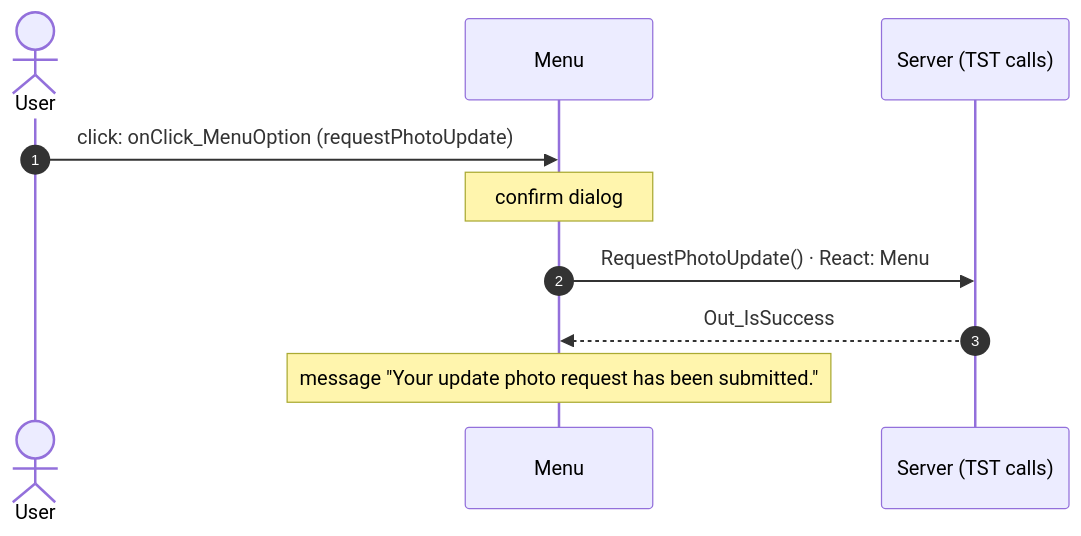
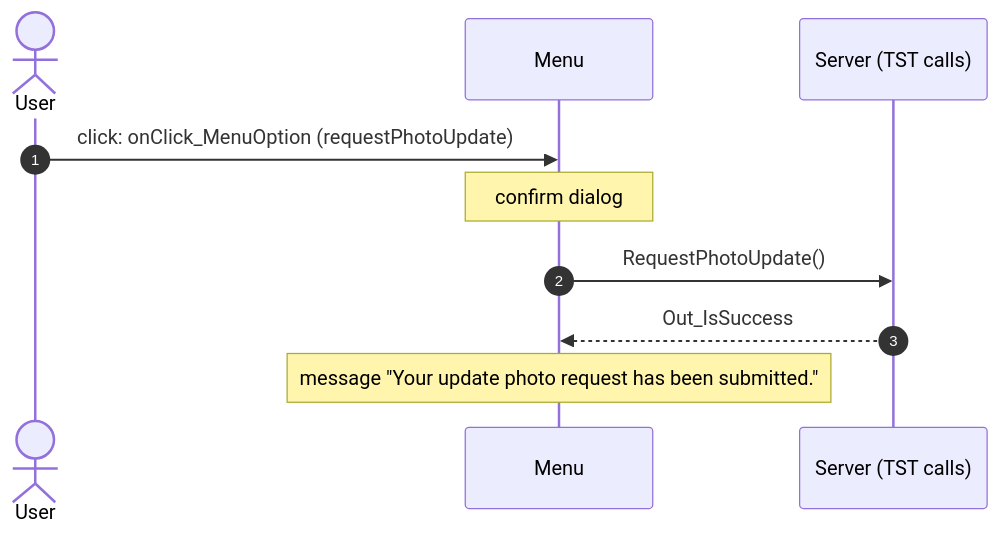
Diagram 14 of 17 in migration/route-actions/Menu.md (Phoenix-DX/connect-new-ui), drawn with Mermaid before and after one commit. The commit also changed other lines of this file and 90 other files, not shown here.

Commit message:
route actions: React sequence diagram per user action next to OutSystems, differences in red; React handlers read branch by branch and matched by comment, name and block; white SVG background; all SVGs of a file in one browser (HomeFeed 67 s to 14 s)

````diff
--- a/migration/route-actions/Menu.md
+++ b/migration/route-actions/Menu.md
@@ -247,12 +373,12 @@
 ```mermaid
 sequenceDiagram
   autonumber
   actor U as User
   participant B as Menu
   participant S as Server (TST calls)
   U->>B: click: onClick_MenuOption (requestPhotoUpdate)
   Note over B: confirm dialog
-  B->>S: RequestPhotoUpdate() · React: Menu
+  B->>S: RequestPhotoUpdate()
   S-->>B: Out_IsSuccess
   Note over B: message "Your update photo request has been submitted."
 ```
````
